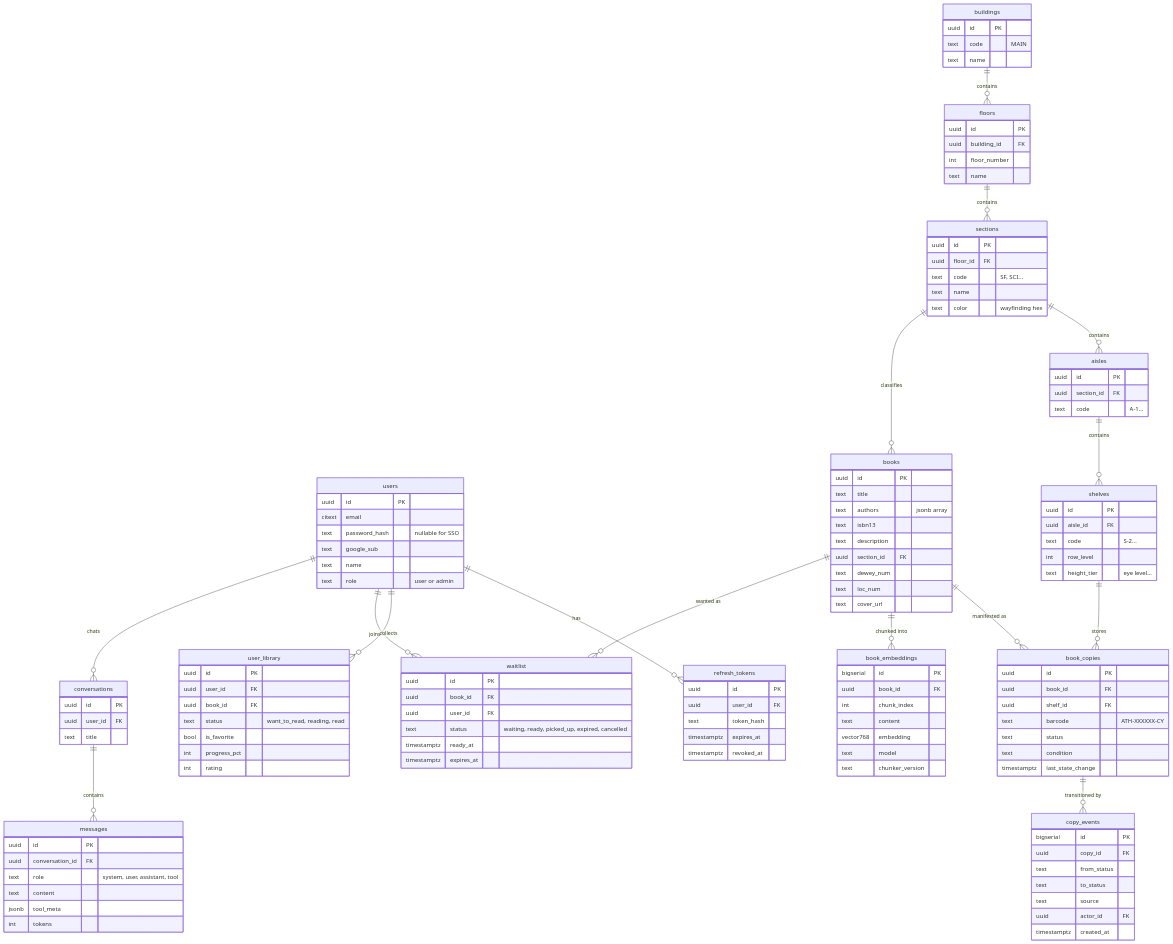
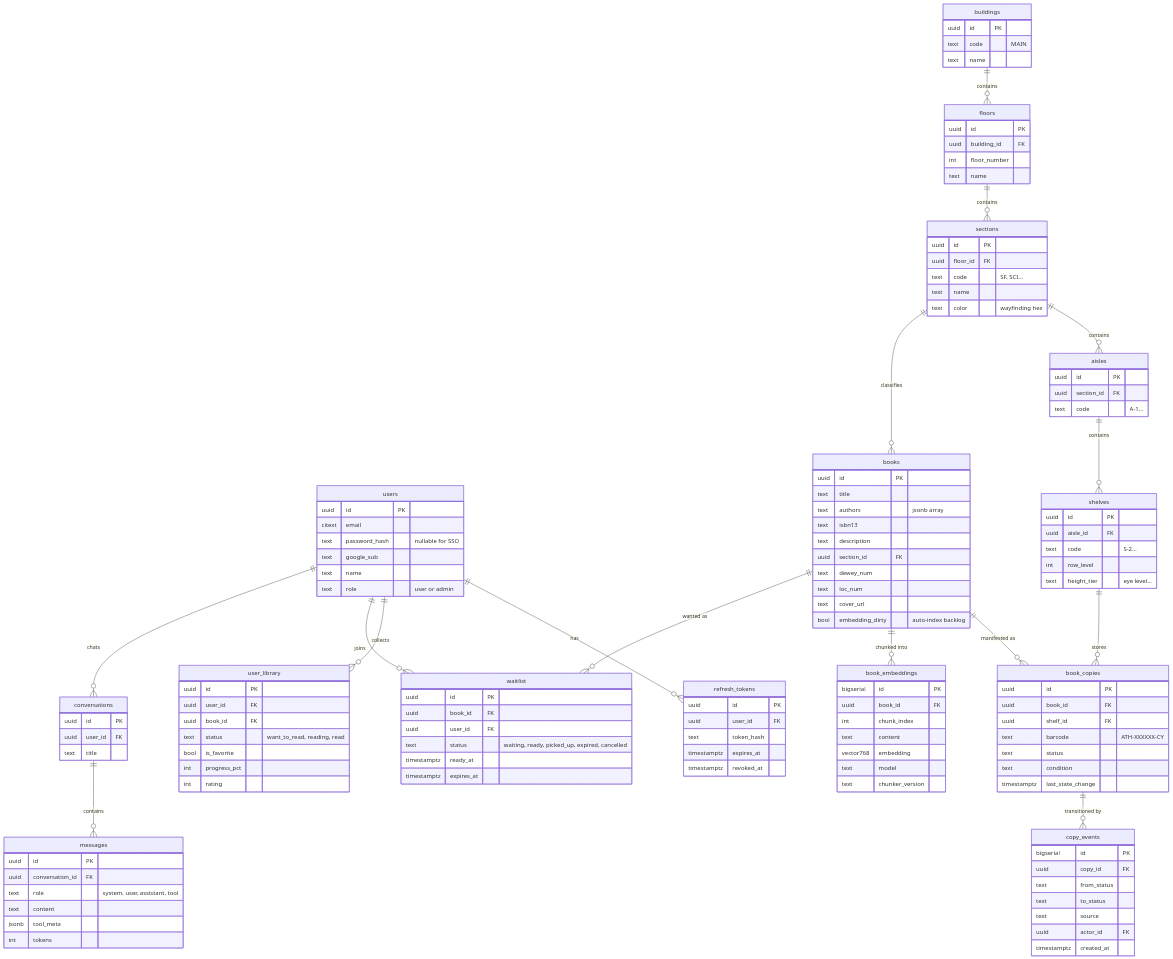
Before and after one commit to cattyman919/athenaeum: the diagram in docs/02-data-model.md, drawn with Mermaid. The commit also changed other lines of this file and 5 other files, not shown here.

Commit message:
docs: lock auto-index worker design and M14 plan

```diff
--- a/docs/02-data-model.md
+++ b/docs/02-data-model.md
@@ -122,6 +122,7 @@
         text dewey_num
         text loc_num
         text cover_url
+        bool embedding_dirty "auto-index backlog"
     }
     book_copies {
         uuid id PK
```
